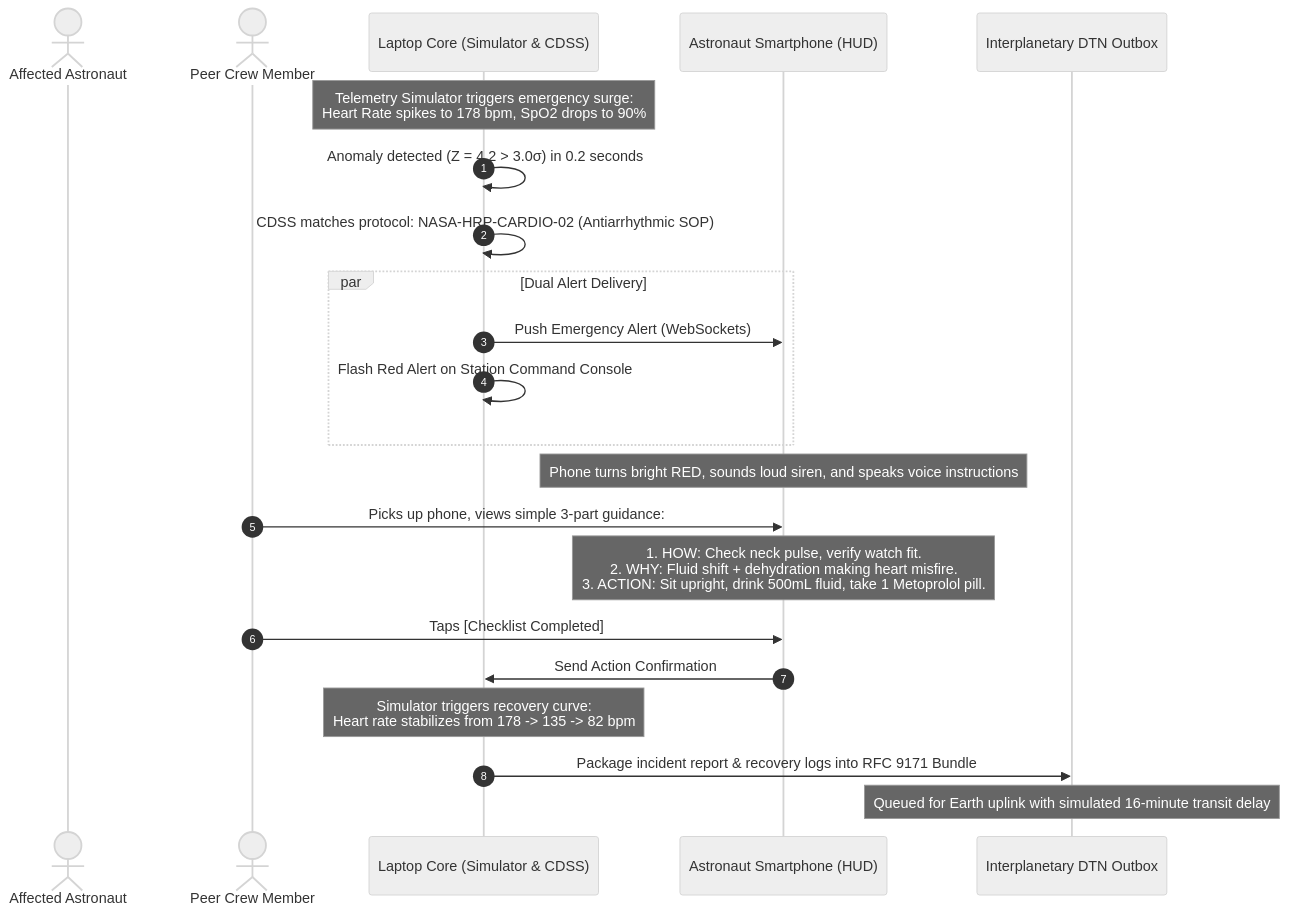
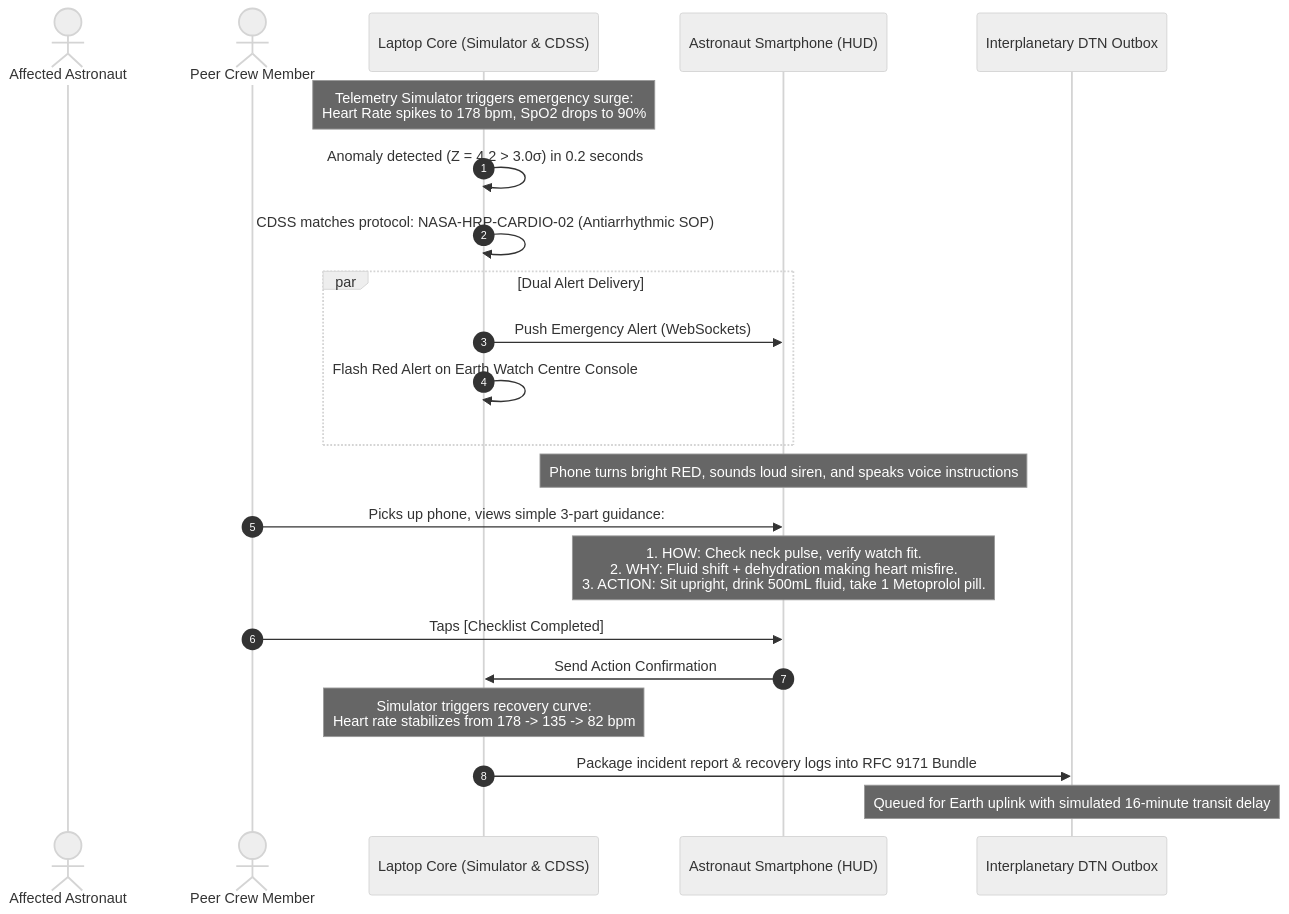
One commit to VALENTINE-it/Nasa-Project changed the fifth of 6 diagrams in Readme.md. Above: the diagram before and after it, drawn with Mermaid (neutral theme). The commit also changed other lines of this file and 1 other file, not shown here.

First line of the commit message:
docs/<ground-station-architecture>: update monitoring station to Earth Watch Centre

````diff
--- a/Readme.md
+++ b/Readme.md
@@ -295,29 +295,29 @@
 ```mermaid
 sequenceDiagram
     autonumber
     actor SickCrew as Affected Astronaut
     actor Responder as Peer Crew Member
     participant Laptop as Laptop Core (Simulator & CDSS)
     participant Phone as Astronaut Smartphone (HUD)
     participant DTN as Interplanetary DTN Outbox
 
     Note over Laptop: Telemetry Simulator triggers emergency surge:<br/>Heart Rate spikes to 178 bpm, SpO2 drops to 90%
     Laptop->>Laptop: Anomaly detected (Z = 4.2 > 3.0σ) in 0.2 seconds
     Laptop->>Laptop: CDSS matches protocol: NASA-HRP-CARDIO-02 (Antiarrhythmic SOP)
     
     par Dual Alert Delivery
         Laptop->>Phone: Push Emergency Alert (WebSockets)
-        Laptop->>Laptop: Flash Red Alert on Station Command Console
+        Laptop->>Laptop: Flash Red Alert on Earth Watch Centre Console
     end
 
     Note over Phone: Phone turns bright RED, sounds loud siren, and speaks voice instructions
     Responder->>Phone: Picks up phone, views simple 3-part guidance:
     Note over Phone: 1. HOW: Check neck pulse, verify watch fit.<br/>2. WHY: Fluid shift + dehydration making heart misfire.<br/>3. ACTION: Sit upright, drink 500mL fluid, take 1 Metoprolol pill.
     
     Responder->>Phone: Taps [Checklist Completed]
     Phone->>Laptop: Send Action Confirmation
     Note over Laptop: Simulator triggers recovery curve:<br/>Heart rate stabilizes from 178 -> 135 -> 82 bpm
     
     Laptop->>DTN: Package incident report & recovery logs into RFC 9171 Bundle
     Note over DTN: Queued for Earth uplink with simulated 16-minute transit delay
 ```
````
